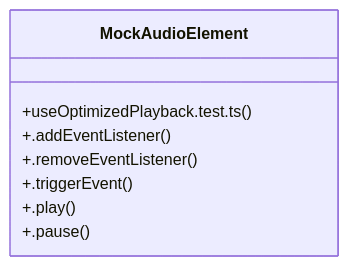
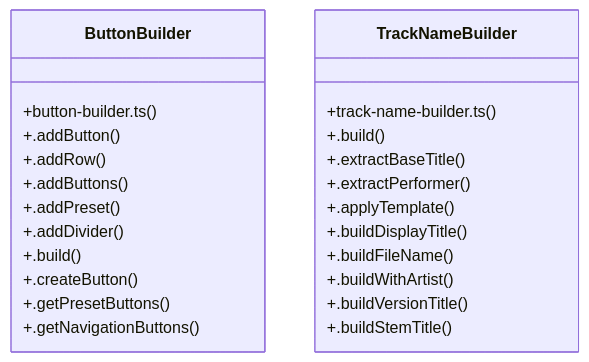
Before and after one commit to HOW2AI-AGENCY/aimusicverse: the diagram in graphify-out/wiki/Accessibility_and_Rhythm.md, drawn with Mermaid. The commit also changed other lines of this file and 649 other files, not shown here.

````diff
--- a/graphify-out/wiki/Accessibility_and_Rhythm.md
+++ b/graphify-out/wiki/Accessibility_and_Rhythm.md
@@ -36,11 +36,27 @@
 ```mermaid
 classDiagram
-    class MockAudioElement {
-        +useOptimizedPlayback.test.ts()
-        +.addEventListener()
-        +.removeEventListener()
-        +.triggerEvent()
-        +.play()
-        +.pause()
+    class ButtonBuilder {
+        +button-builder.ts()
+        +.addButton()
+        +.addRow()
+        +.addButtons()
+        +.addPreset()
+        +.addDivider()
+        +.build()
+        +.createButton()
+        +.getPresetButtons()
+        +.getNavigationButtons()
+    }
+    class TrackNameBuilder {
+        +track-name-builder.ts()
+        +.build()
+        +.extractBaseTitle()
+        +.extractPerformer()
+        +.applyTemplate()
+        +.buildDisplayTitle()
+        +.buildFileName()
+        +.buildWithArtist()
+        +.buildVersionTitle()
+        +.buildStemTitle()
     }
 ```
````
